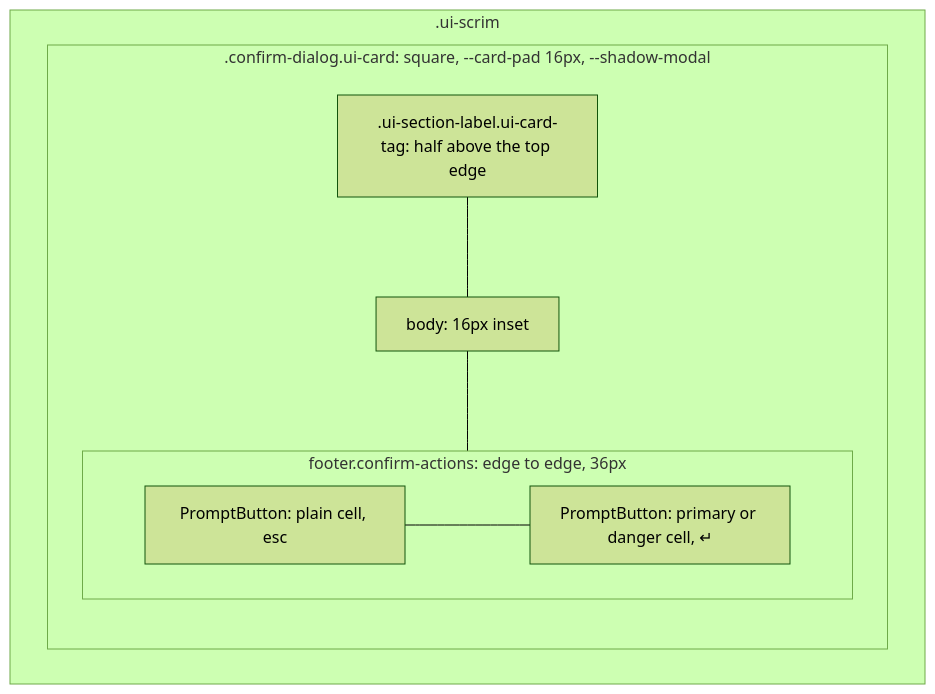
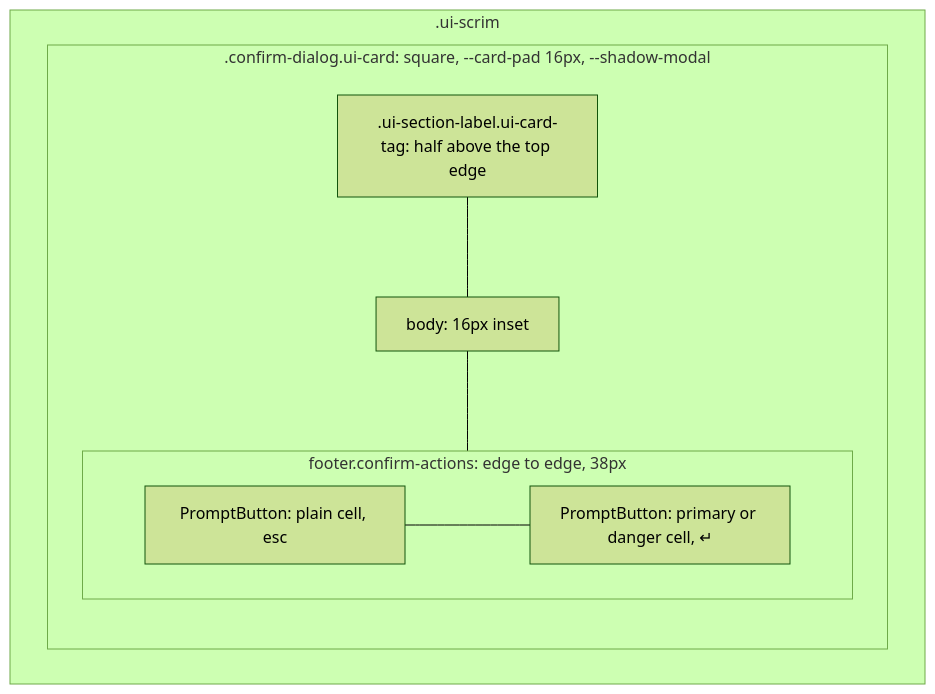
The first of 2 diagrams in docs/concepts/design-system.md (Kapps/weavie), drawn with Mermaid (forest theme) before and after one commit. The commit also changed other lines of this file and 18 other files, not shown here.

````diff
--- a/docs/concepts/design-system.md
+++ b/docs/concepts/design-system.md
@@ -139,15 +139,15 @@
 ```mermaid
 flowchart TB
   subgraph scrim[".ui-scrim"]
     subgraph card[".confirm-dialog.ui-card: square, --card-pad 16px, --shadow-modal"]
       direction TB
       tag[".ui-section-label.ui-card-tag: half above the top edge"]
       body["body: 16px inset"]
-      subgraph actions["footer.confirm-actions: edge to edge, 36px"]
+      subgraph actions["footer.confirm-actions: edge to edge, 38px"]
         direction LR
         cancel["PromptButton: plain cell, esc"] --- go["PromptButton: primary or danger cell, ↵"]
       end
       tag --- body --- actions
     end
   end
 ```
````
